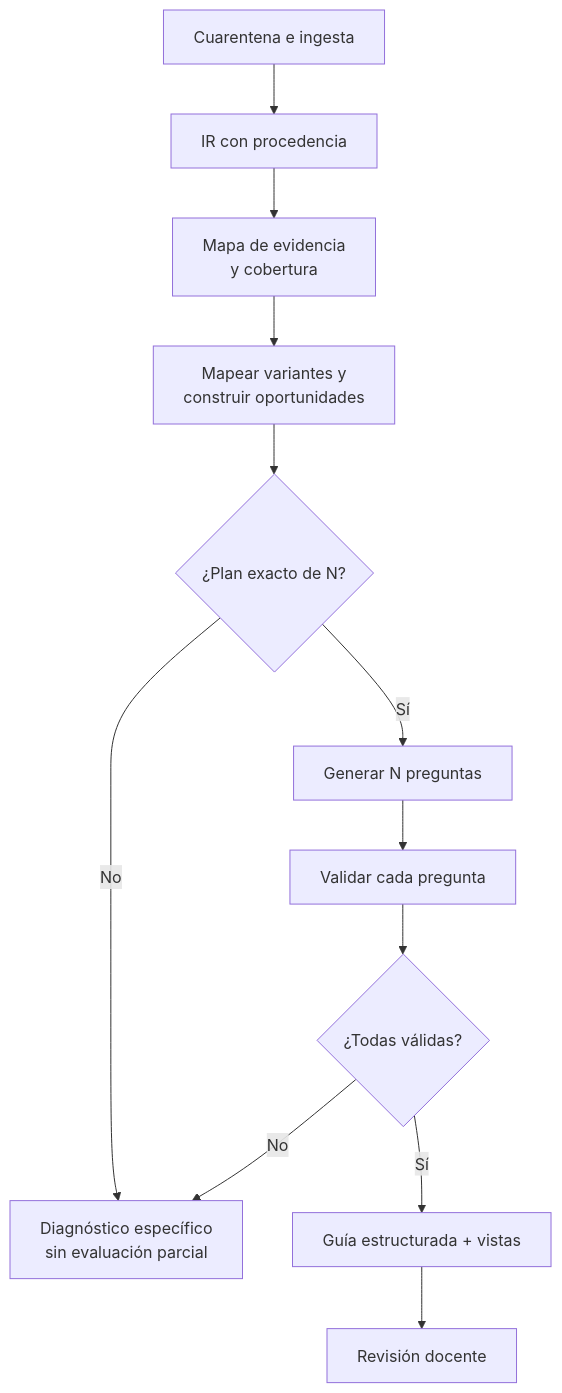
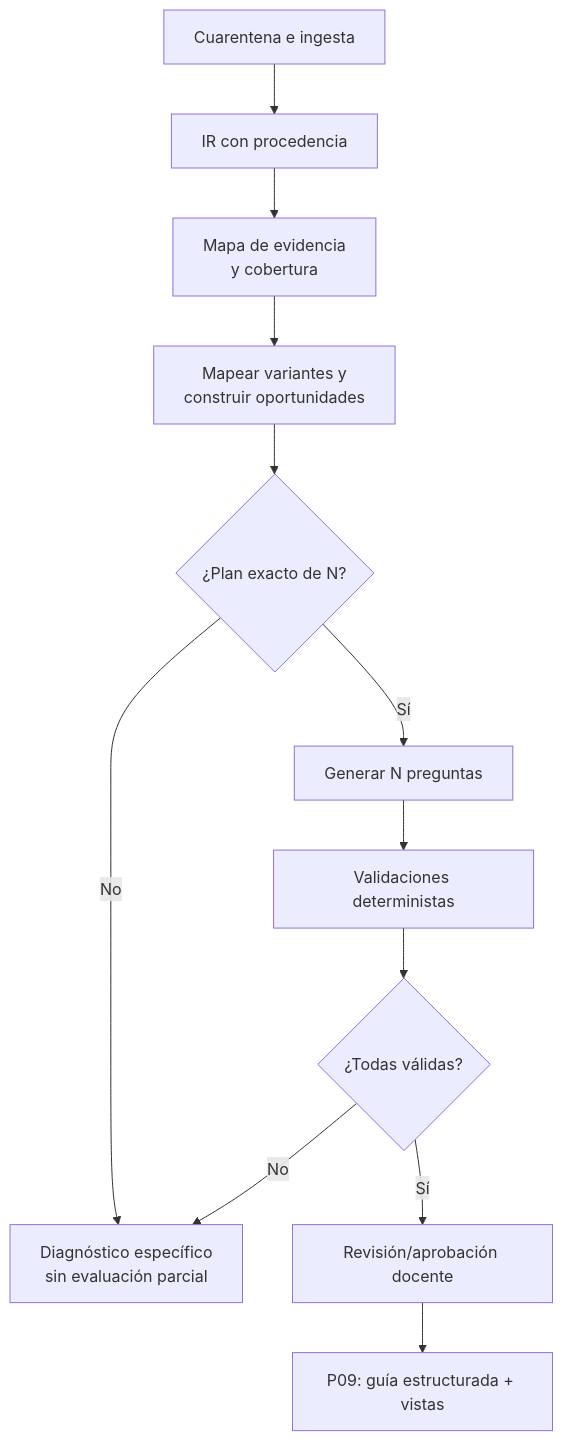
The fifth of 6 diagrams in specification/00_Especificacion_Arquitectura_v1.1(1).md (WilJms/PruebasPersonalizadas), drawn with Mermaid before and after one commit. The commit also changed other lines of this file and 27 other files, not shown here.

````diff
--- a/specification/00_Especificacion_Arquitectura_v1.1(1).md
+++ b/specification/00_Especificacion_Arquitectura_v1.1(1).md
@@ -508,14 +517,14 @@
 ```mermaid
 flowchart TB
     A["Cuarentena e ingesta"] --> B["IR con procedencia"]
     B --> C["Mapa de evidencia\ny cobertura"]
     C --> D["Mapear variantes y\nconstruir oportunidades"]
     D --> E{¿Plan exacto de N?}
     E -->|No| X["Diagnóstico específico\nsin evaluación parcial"]
     E -->|Sí| F["Generar N preguntas"]
-    F --> G["Validar cada pregunta"]
+    F --> G["Validaciones deterministas"]
     G --> H{¿Todas válidas?}
     H -->|No| X
-    H -->|Sí| I["Guía estructurada + vistas"]
-    I --> J["Revisión docente"]
+    H -->|Sí| I["Revisión/aprobación docente"]
+    I --> J["P09: guía estructurada + vistas"]
 ```
````
